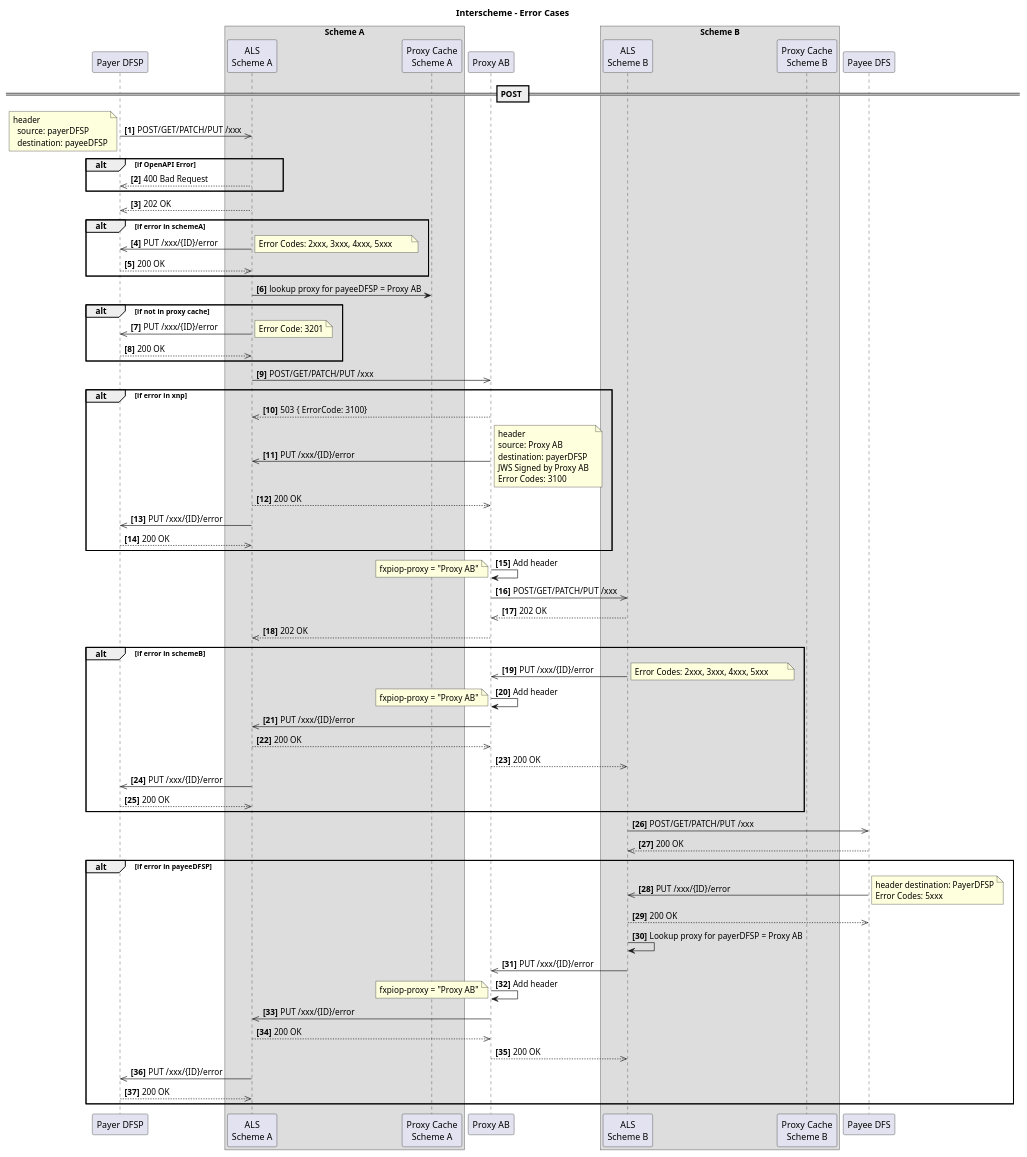
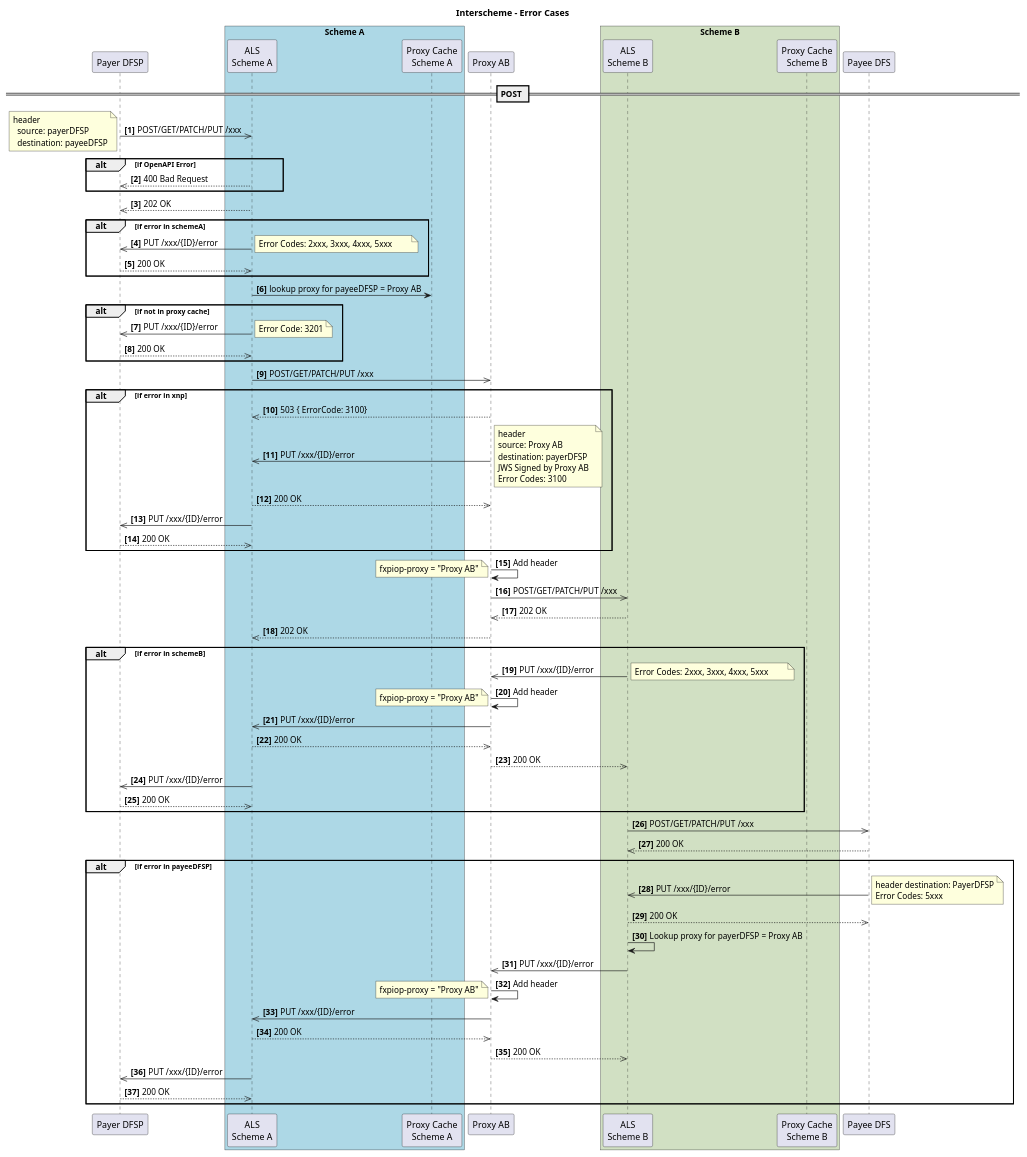
Before and after one commit to mojaloop/documentation: the diagram in docs/product/features/Interscheme/Interscheme - Error Cases.plantuml, drawn with PlantUML. The commit also changed 14 other files, not shown here.

Commit message:
feat: Updated interscheme diagrams

```diff
--- a/docs/product/features/Interscheme/Interscheme - Error Cases.plantuml
+++ b/docs/product/features/Interscheme/Interscheme - Error Cases.plantuml
@@ -1,114 +1,114 @@
-@startuml
+@startuml Interscheme - Error Cases
 
 title Interscheme - Error Cases
 
 participant "Payer DFSP" as payerDFSP
-box "Scheme A"
+box "Scheme A" #LightBlue
     participant "ALS\nScheme A" as schemeA
     participant "Proxy Cache\nScheme A" as pc_A
 end box
 participant "Proxy AB" as xnp
-box "Scheme B"
+box "Scheme B" #d1e0c3
     participant "ALS\nScheme B" as schemeB
     participant "Proxy Cache\nScheme B" as pc_B
 end box
 participant "Payee DFS" as payeeDFSP
 
 autonumber 1 "<b>[0]"
 
 == POST ==
 payerDFSP ->> schemeA: POST/GET/PATCH/PUT /xxx
 note left
 header 
   source: payerDFSP
   destination: payeeDFSP
 end note
 
 alt if OpenAPI Error 
     schemeA -->> payerDFSP: 400 Bad Request
 end
 schemeA-->>payerDFSP: 202 OK
 
     alt if error in schemeA
         schemeA ->> payerDFSP: PUT /xxx/{ID}/error
         note right
         Error Codes: 2xxx, 3xxx, 4xxx, 5xxx        
         end note
         payerDFSP -->> schemeA: 200 OK
     end
 
     schemeA -> pc_A: lookup proxy for payeeDFSP = Proxy AB
     alt if not in proxy cache
         schemeA ->> payerDFSP: PUT /xxx/{ID}/error
         note right
         Error Code: 3201
         end note
         payerDFSP -->> schemeA: 200 OK
     end
     schemeA ->> xnp: POST/GET/PATCH/PUT /xxx
     
     alt if error in xnp
       xnp -->> schemeA: 503 { ErrorCode: 3100}
 
         xnp ->> schemeA: PUT /xxx/{ID}/error
         note right
         header 
         source: Proxy AB
         destination: payerDFSP
         JWS Signed by Proxy AB  
         Error Codes: 3100
         end note
         schemeA -->> xnp: 200 OK
         schemeA ->> payerDFSP: PUT /xxx/{ID}/error
         payerDFSP -->> schemeA: 200 OK
     end
     
     xnp->xnp: Add header
     note left
     fxpiop-proxy = "Proxy AB"
     end note
 
     xnp ->> schemeB: POST/GET/PATCH/PUT /xxx
     schemeB -->> xnp: 202 OK
     xnp -->> schemeA: 202 OK
     
     alt if error in schemeB
         schemeB ->> xnp: PUT /xxx/{ID}/error
         note right
         Error Codes: 2xxx, 3xxx, 4xxx, 5xxx        
         end note
         xnp->xnp: Add header
         note left
         fxpiop-proxy = "Proxy AB"
         end note
         xnp ->> schemeA: PUT /xxx/{ID}/error
         schemeA -->> xnp: 200 OK
         xnp -->> schemeB: 200 OK
         schemeA ->> payerDFSP: PUT /xxx/{ID}/error
         payerDFSP -->> schemeA: 200 OK
     end
     
     schemeB ->> payeeDFSP: POST/GET/PATCH/PUT /xxx
     payeeDFSP -->> schemeB: 200 OK
     
     alt if error in payeeDFSP
         payeeDFSP->> schemeB: PUT /xxx/{ID}/error
         note right
         header destination: PayerDFSP
         Error Codes: 5xxx
         end note
         schemeB -->> payeeDFSP: 200 OK
         schemeB -> schemeB: Lookup proxy for payerDFSP = Proxy AB
         schemeB ->> xnp: PUT /xxx/{ID}/error
         xnp->xnp: Add header
         note left
         fxpiop-proxy = "Proxy AB"
         end note
         xnp ->> schemeA: PUT /xxx/{ID}/error
         schemeA -->> xnp: 200 OK
         xnp -->> schemeB: 200 OK
         schemeA ->> payerDFSP: PUT /xxx/{ID}/error
         payerDFSP -->> schemeA: 200 OK
     end
 
 @enduml
```
